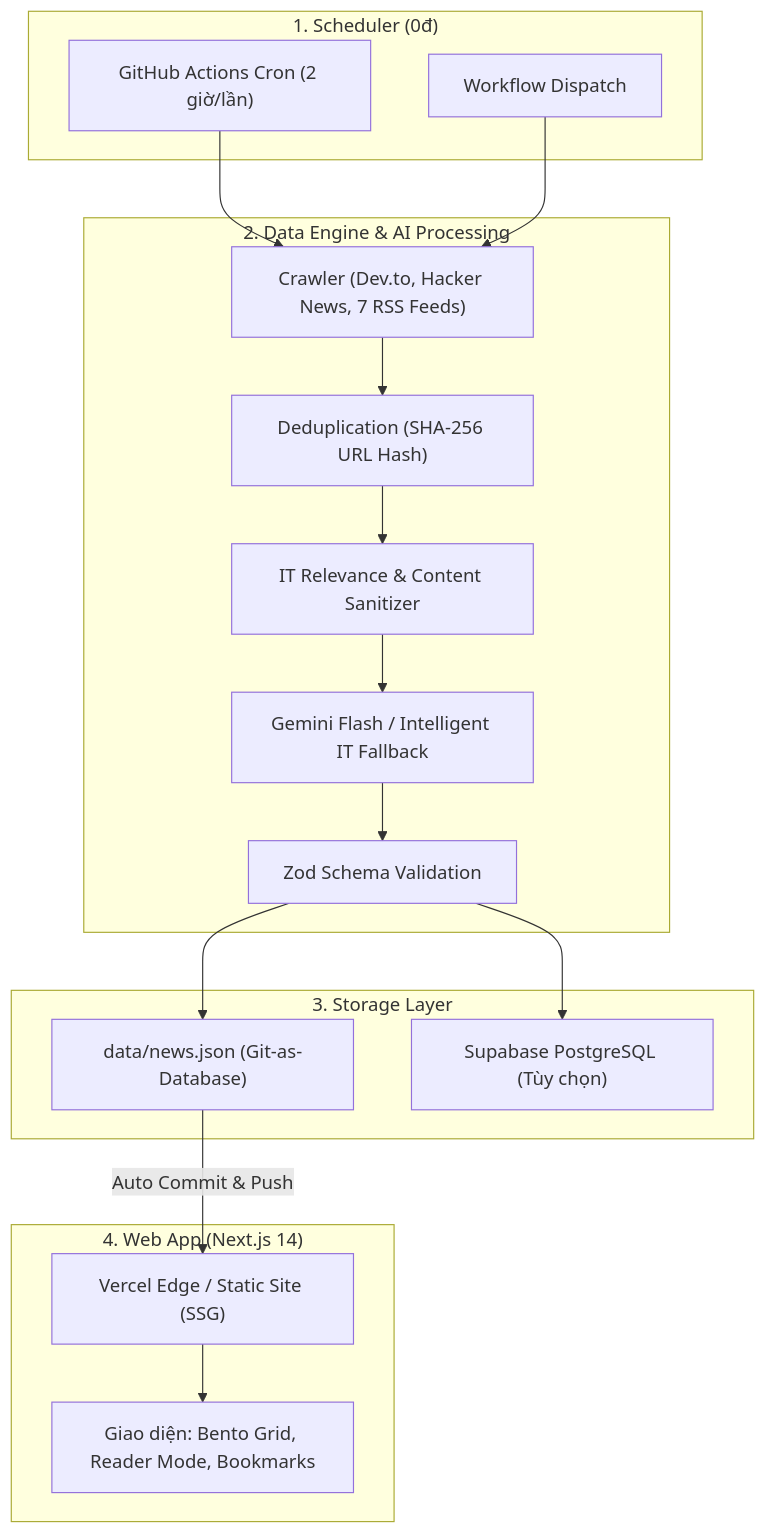
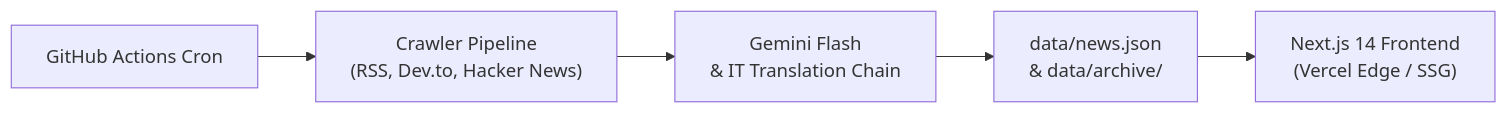
The diagram in README.md (ClearWind9u/ClearWind-Tech-News), drawn with Mermaid before and after one commit. The commit also changed other lines of this file and 55 other files, not shown here.

Commit message:
feat(core): overhaul filter dock, bidirectional url sync, seo meta and minimal ui

````diff
--- a/README.md
+++ b/README.md
@@ -9,31 +9,7 @@
 ```mermaid
-flowchart TD
-    subgraph Automation ["1. Scheduler (0đ)"]
-        Cron["GitHub Actions Cron (2 giờ/lần)"]
-        Manual["Workflow Dispatch"]
-    end
-
-    subgraph Pipeline ["2. Data Engine & AI Processing"]
-        Crawler["Crawler (Dev.to, Hacker News, 7 RSS Feeds)"]
-        Dedup["Deduplication (SHA-256 URL Hash)"]
-        Filter["IT Relevance & Content Sanitizer"]
-        AI["Gemini Flash / Intelligent IT Fallback"]
-        Validate["Zod Schema Validation"]
-    end
-
-    subgraph Storage ["3. Storage Layer"]
-        GitDB["data/news.json (Git-as-Database)"]
-        RemoteDB["Supabase PostgreSQL (Tùy chọn)"]
-    end
-
-    subgraph Client ["4. Web App (Next.js 14)"]
-        Vercel["Vercel Edge / Static Site (SSG)"]
-        Reader["Giao diện: Bento Grid, Reader Mode, Bookmarks"]
-    end
-
-    Cron --> Crawler
-    Manual --> Crawler
-    Crawler --> Dedup --> Filter --> AI --> Validate
-    Validate --> GitDB & RemoteDB
-    GitDB -->|Auto Commit & Push| Vercel --> Reader
+flowchart LR
+    Cron["GitHub Actions Cron"] --> Crawler["Crawler Pipeline\n(RSS, Dev.to, Hacker News)"]
+    Crawler --> AI["Gemini Flash\n& IT Translation Chain"]
+    AI --> Store["data/news.json\n& data/archive/"]
+    Store --> Web["Next.js 14 Frontend\n(Vercel Edge / SSG)"]
 ```
````
